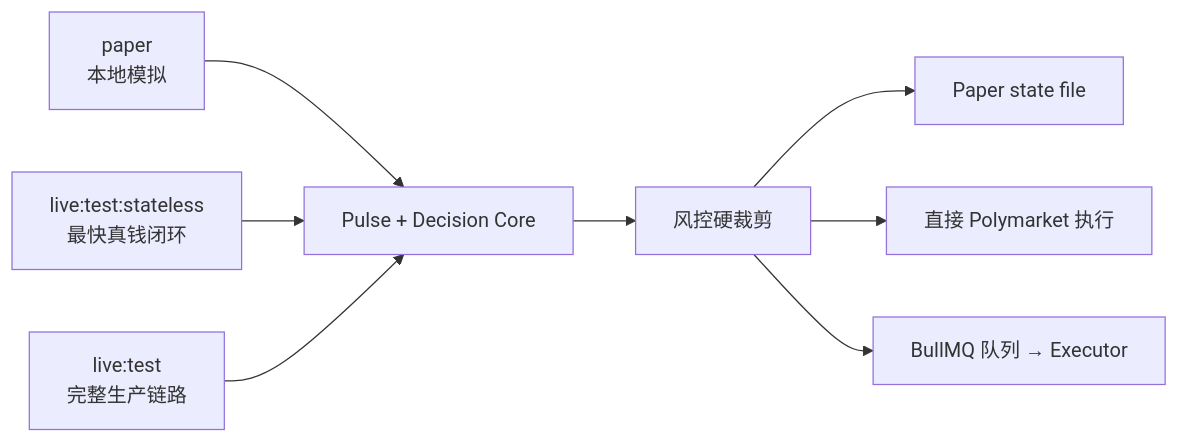
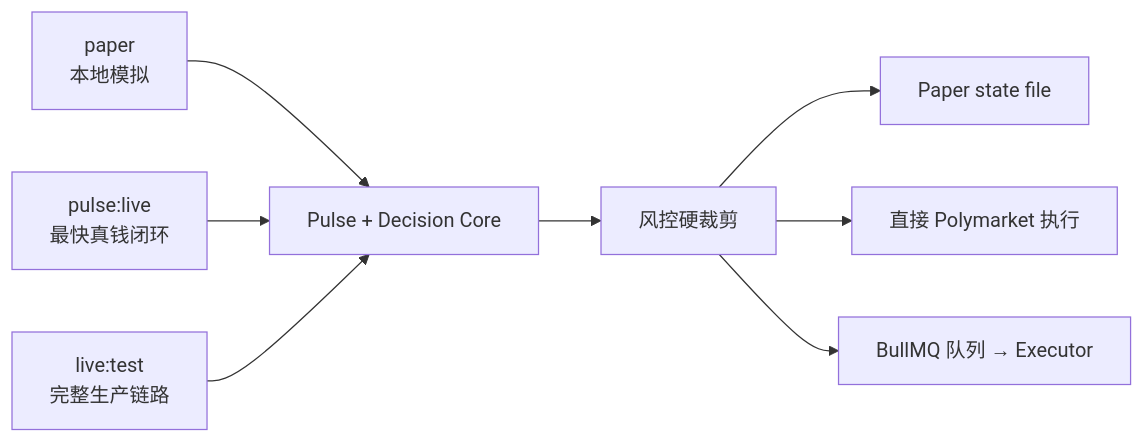
One commit to Alchemist-X/hourglass changed the diagram in README.md. Above: the diagram before and after it, drawn with Mermaid. The commit also changed other lines of this file and 39 other files, not shown here.

Commit message:
refactor: rename live:test:stateless to pulse:live across all docs and code

````diff
--- a/README.md
+++ b/README.md
@@ -119,11 +119,11 @@
 ```mermaid
 flowchart LR
   paper["paper\n本地模拟"] --> core["Pulse + Decision Core"]
-  stateless["live:test:stateless\n最快真钱闭环"] --> core
+  stateless["pulse:live\n最快真钱闭环"] --> core
   stateful["live:test\n完整生产链路"] --> core
 
   core --> risk["风控硬裁剪"]
   risk --> out1["Paper state file"]
   risk --> out2["直接 Polymarket 执行"]
   risk --> out3["BullMQ 队列 → Executor"]
 ```
````
